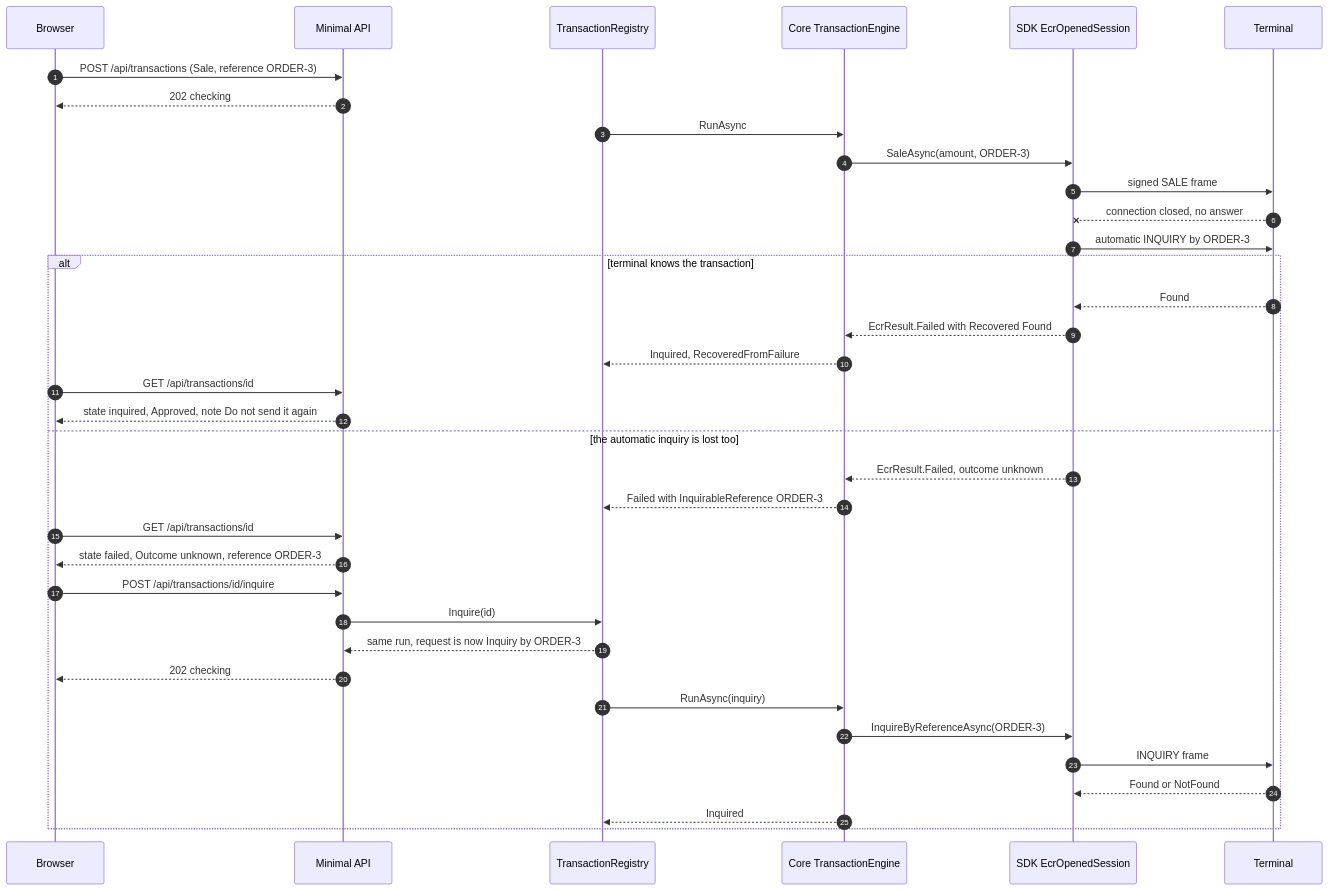
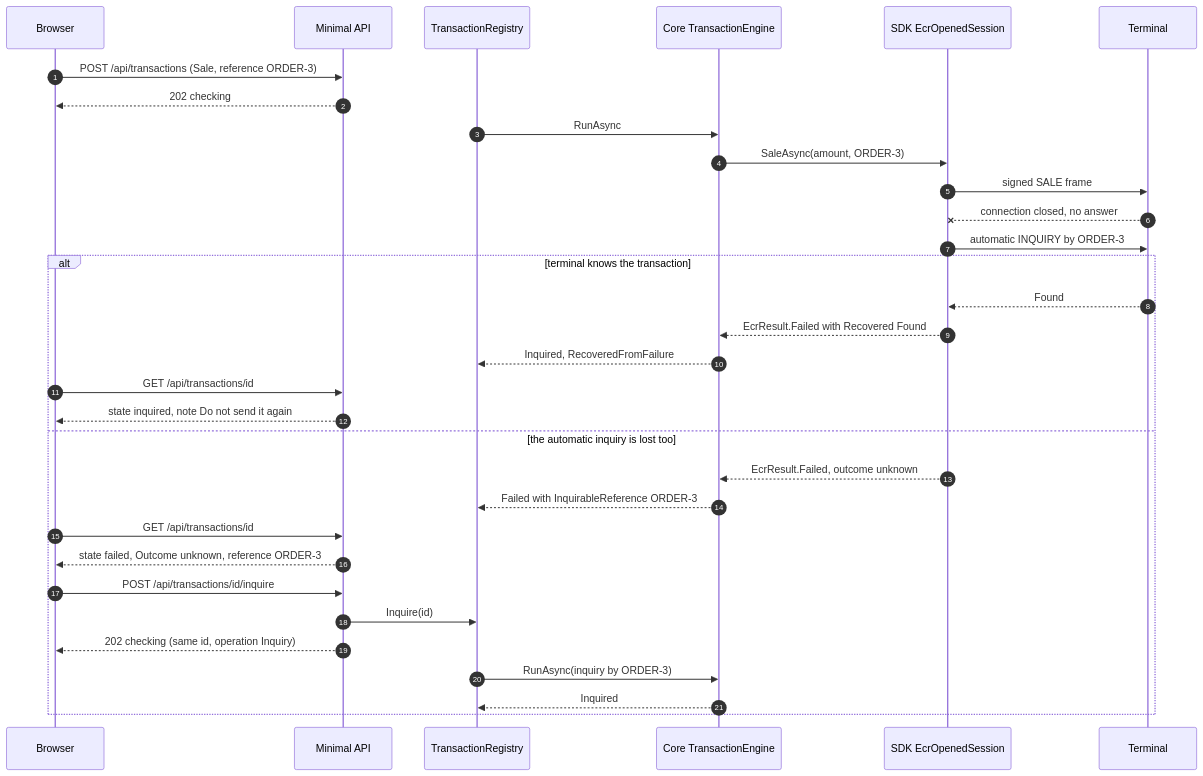
The third of 3 diagrams in AmwalECR-Web-Example/docs/implementation.md (amwal-pay/AmwalpayEcrWindowsExample), drawn with Mermaid before and after one commit. The commit also changed other lines of this file and 28 other files, not shown here.

````diff
--- a/AmwalECR-Web-Example/docs/implementation.md
+++ b/AmwalECR-Web-Example/docs/implementation.md
@@ -436,38 +292,34 @@
 ```mermaid
 sequenceDiagram
   autonumber
   participant B as Browser
   participant API as Minimal API
   participant R as TransactionRegistry
   participant E as Core TransactionEngine
   participant S as SDK EcrOpenedSession
   participant T as Terminal
   B->>API: POST /api/transactions (Sale, reference ORDER-3)
   API-->>B: 202 checking
   R->>E: RunAsync
   E->>S: SaleAsync(amount, ORDER-3)
   S->>T: signed SALE frame
   T--xS: connection closed, no answer
   S->>T: automatic INQUIRY by ORDER-3
   alt terminal knows the transaction
     T-->>S: Found
     S-->>E: EcrResult.Failed with Recovered Found
     E-->>R: Inquired, RecoveredFromFailure
     B->>API: GET /api/transactions/id
-    API-->>B: state inquired, Approved, note Do not send it again
+    API-->>B: state inquired, note Do not send it again
   else the automatic inquiry is lost too
     S-->>E: EcrResult.Failed, outcome unknown
     E-->>R: Failed with InquirableReference ORDER-3
     B->>API: GET /api/transactions/id
     API-->>B: state failed, Outcome unknown, reference ORDER-3
     B->>API: POST /api/transactions/id/inquire
     API->>R: Inquire(id)
-    R-->>API: same run, request is now Inquiry by ORDER-3
-    API-->>B: 202 checking
-    R->>E: RunAsync(inquiry)
-    E->>S: InquireByReferenceAsync(ORDER-3)
-    S->>T: INQUIRY frame
-    T-->>S: Found or NotFound
+    API-->>B: 202 checking (same id, operation Inquiry)
+    R->>E: RunAsync(inquiry by ORDER-3)
     E-->>R: Inquired
   end
 ```
````
